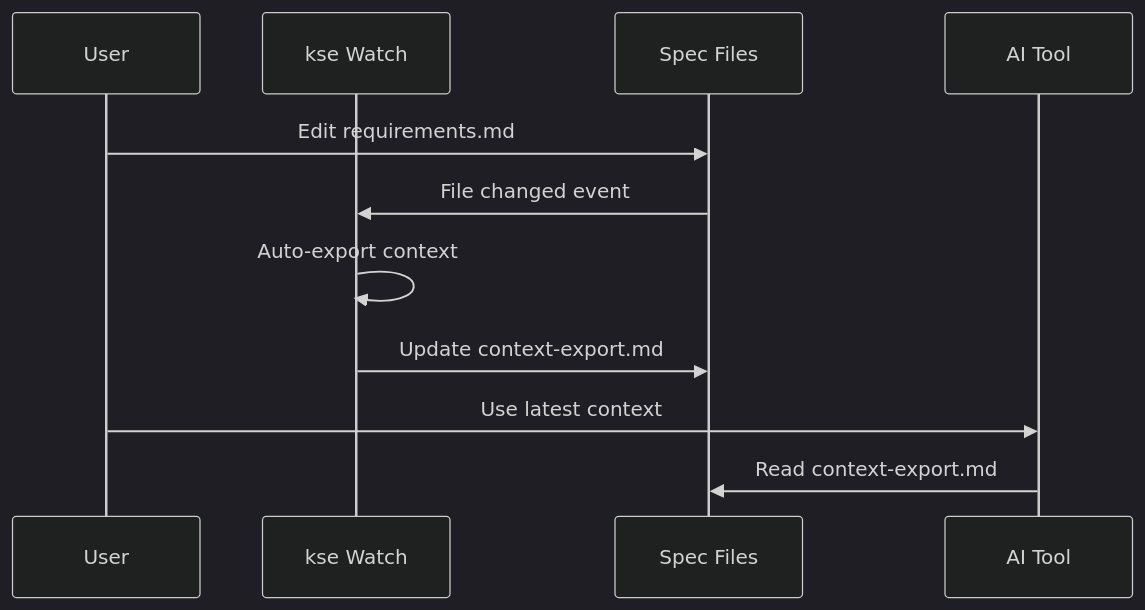
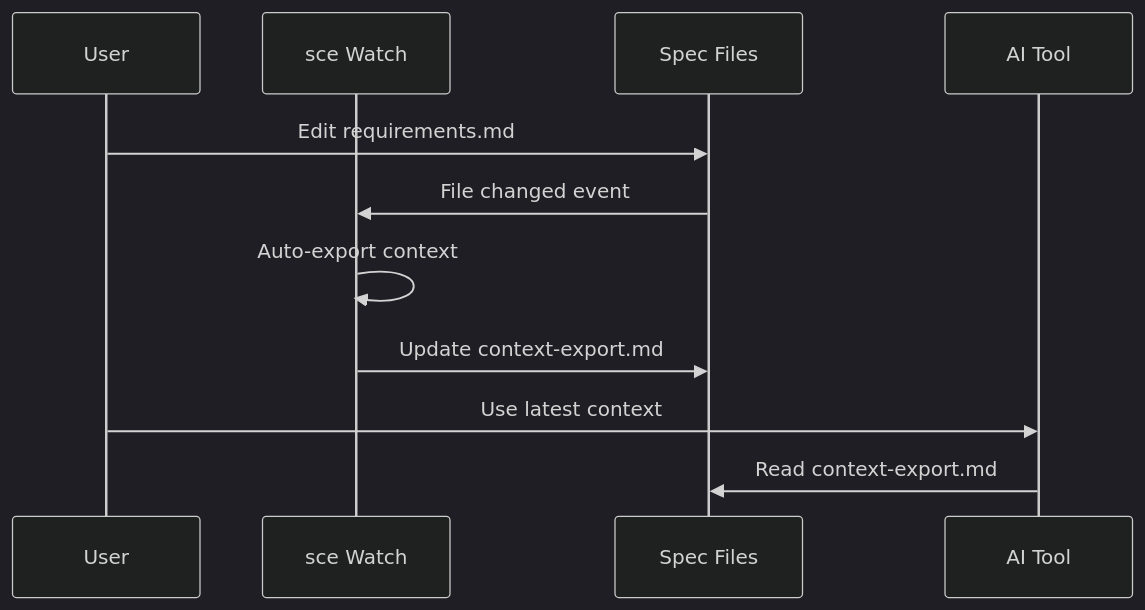
The fourth of 5 diagrams in docs/integration-modes.md (LuChangQiu/kiro-spec-engine), drawn with Mermaid (dark theme) before and after one commit. The commit also changed other lines of this file and 237 other files, not shown here.

````diff
--- a/docs/integration-modes.md
+++ b/docs/integration-modes.md
@@ -204,14 +204,14 @@
 ```mermaid
 sequenceDiagram
     participant User
-    participant kse Watch
+    participant sce Watch
     participant Spec Files
     participant AI Tool
     
     User->>Spec Files: Edit requirements.md
-    Spec Files->>kse Watch: File changed event
-    kse Watch->>kse Watch: Auto-export context
-    kse Watch->>Spec Files: Update context-export.md
+    Spec Files->>sce Watch: File changed event
+    sce Watch->>sce Watch: Auto-export context
+    sce Watch->>Spec Files: Update context-export.md
     User->>AI Tool: Use latest context
     AI Tool->>Spec Files: Read context-export.md
 ```
````
